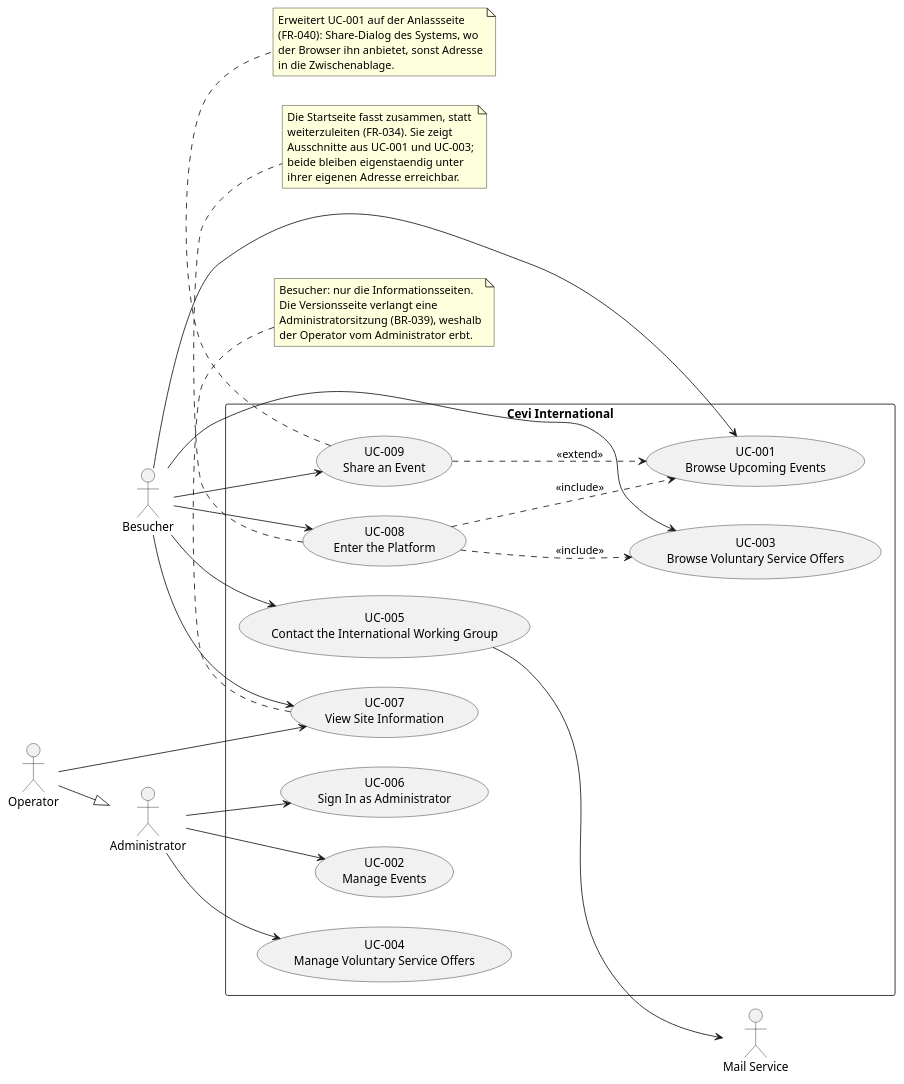
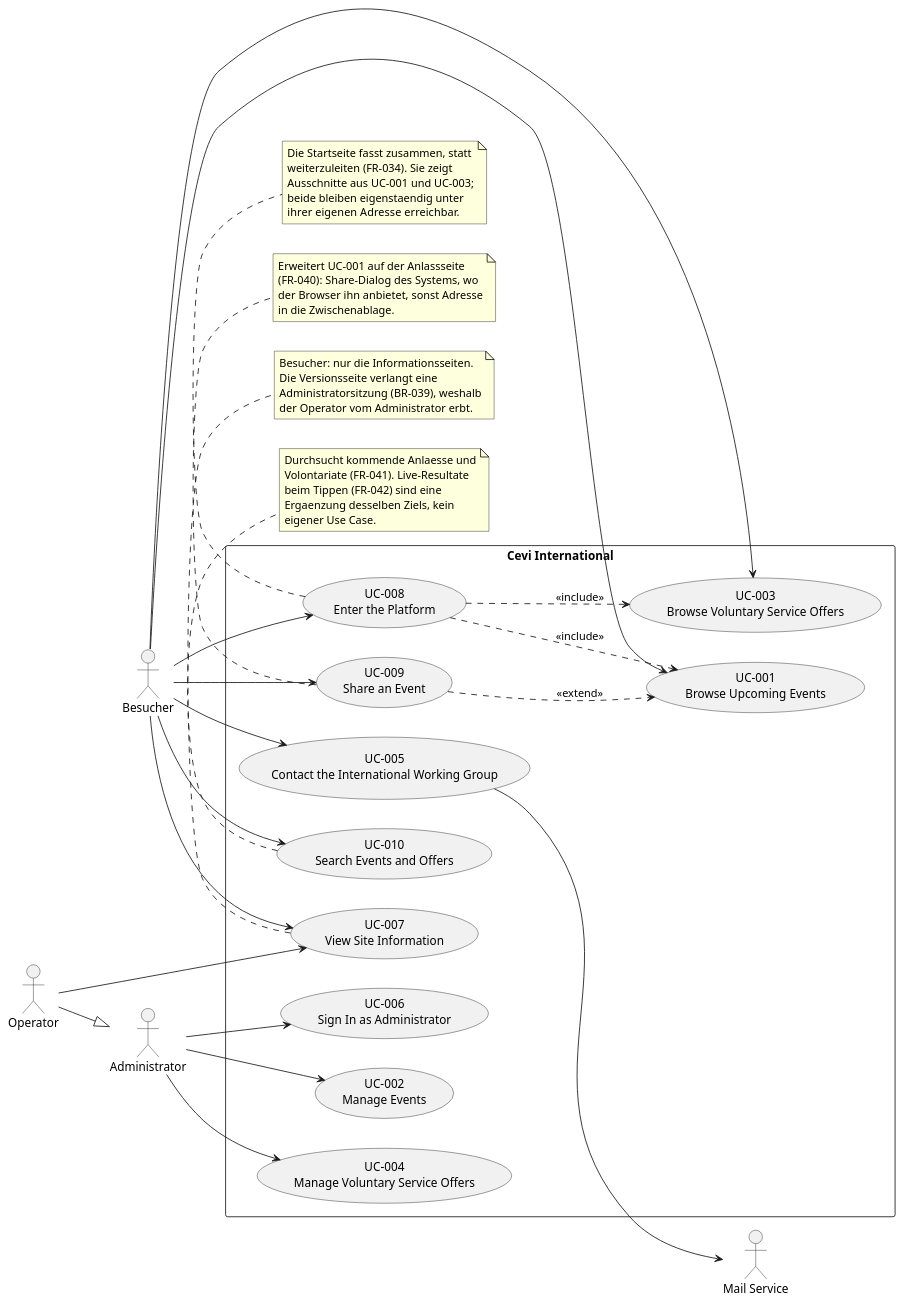
The diagram in docs/use_cases.puml (CeviFGI/cevi-int), drawn with PlantUML before and after one commit. The commit also changed 4 other files, not shown here.

First line of the commit message:
Specify searching events and offers (FR-041, FR-042, UC-010)

```diff
--- a/docs/use_cases.puml
+++ b/docs/use_cases.puml
@@ -1,64 +1,74 @@
 @startuml Use Cases Overview
 left to right direction
 
 actor "Besucher" as visitor
 actor "Administrator" as admin
 actor "Operator" as operator
 actor "Mail Service" as mail
 
 operator --|> admin
 
 rectangle "Cevi International" {
     usecase "UC-001\nBrowse Upcoming Events" as UC001
     usecase "UC-002\nManage Events" as UC002
     usecase "UC-003\nBrowse Voluntary Service Offers" as UC003
     usecase "UC-004\nManage Voluntary Service Offers" as UC004
     usecase "UC-005\nContact the International Working Group" as UC005
     usecase "UC-006\nSign In as Administrator" as UC006
     usecase "UC-007\nView Site Information" as UC007
     usecase "UC-008\nEnter the Platform" as UC008
     usecase "UC-009\nShare an Event" as UC009
+    usecase "UC-010\nSearch Events and Offers" as UC010
 }
 
 visitor --> UC001
 visitor --> UC003
 visitor --> UC005
 visitor --> UC007
 visitor --> UC008
 visitor --> UC009
+visitor --> UC010
 
 admin --> UC002
 admin --> UC004
 admin --> UC006
 
 operator --> UC007
 
 UC005 --> mail
 
 UC008 ..> UC001 : <<include>>
 UC008 ..> UC003 : <<include>>
 UC009 ..> UC001 : <<extend>>
 
 note bottom of UC007
   Besucher: nur die Informationsseiten.
   Die Versionsseite verlangt eine
   Administratorsitzung (BR-039), weshalb
   der Operator vom Administrator erbt.
 end note
 
 note bottom of UC008
   Die Startseite fasst zusammen, statt
   weiterzuleiten (FR-034). Sie zeigt
   Ausschnitte aus UC-001 und UC-003;
   beide bleiben eigenstaendig unter
   ihrer eigenen Adresse erreichbar.
 end note
 
 note bottom of UC009
   Erweitert UC-001 auf der Anlassseite
   (FR-040): Share-Dialog des Systems, wo
   der Browser ihn anbietet, sonst Adresse
   in die Zwischenablage.
 end note
 
+note bottom of UC010
+  Durchsucht kommende Anlaesse und
+  Volontariate (FR-041). Live-Resultate
+  beim Tippen (FR-042) sind eine
+  Ergaenzung desselben Ziels, kein
+  eigener Use Case.
+end note
+
 @enduml
```
